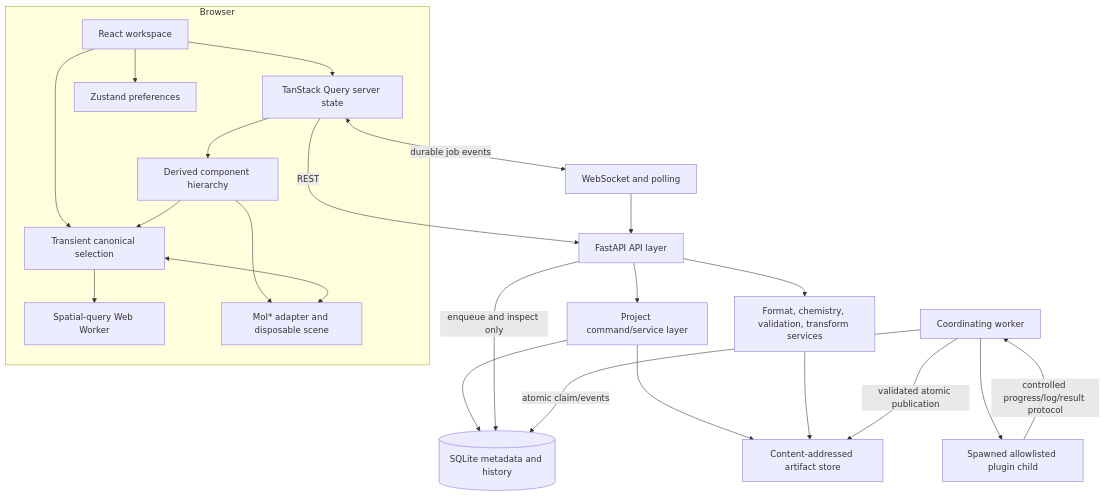
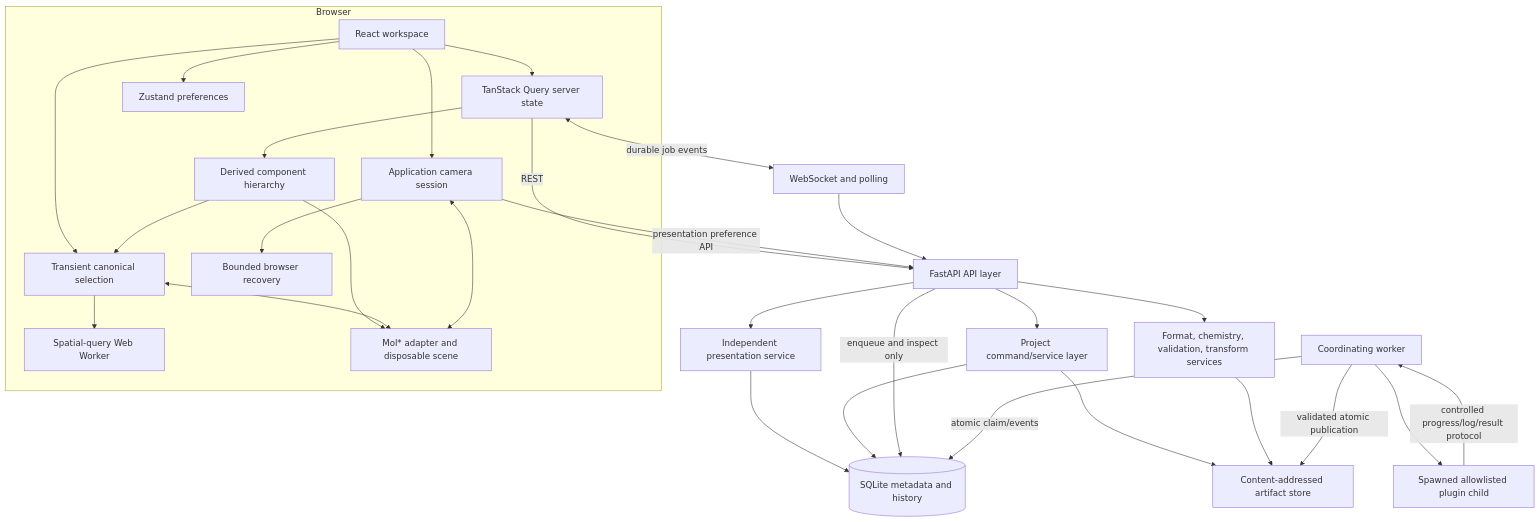
One commit to ManuelSe/Neistra changed the diagram in docs/ARCHITECTURE.md. Above: the diagram before and after it, drawn with Mermaid. The commit also changed other lines of this file and 157 other files, not shown here.

First line of the commit message:
feat(viewer): persist the shared application camera

````diff
--- a/docs/ARCHITECTURE.md
+++ b/docs/ARCHITECTURE.md
@@ -9,35 +9,43 @@
 ```mermaid
 flowchart TB
   subgraph Browser
     React[React workspace]
     Query[TanStack Query server state]
     Prefs[Zustand preferences]
     Selection[Transient canonical selection]
     Components[Derived component hierarchy]
     Spatial[Spatial-query Web Worker]
     Viewer[Mol* adapter and disposable scene]
+    Camera[Application camera session]
+    Recovery[Bounded browser recovery]
     React --> Query
     React --> Prefs
     React --> Selection
     Query --> Components
     Components --> Selection
     Components --> Viewer
     Selection <--> Viewer
     Selection --> Spatial
+    React --> Camera
+    Camera <--> Viewer
+    Camera --> Recovery
   end
 
   Query -->|REST| API[FastAPI API layer]
   Query <-->|durable job events| WS[WebSocket and polling]
   WS --> API
   API --> Project[Project command/service layer]
+  Camera -->|presentation preference API| API
+  API --> ViewPreference[Independent presentation service]
+  ViewPreference --> DB
   API --> Molecular[Format, chemistry, validation, transform services]
   Project --> DB[(SQLite metadata and history)]
   Project --> Store[Content-addressed artifact store]
   Molecular --> Store
   API -->|enqueue and inspect only| DB
 
   Worker[Coordinating worker] -->|atomic claim/events| DB
   Worker --> Child[Spawned allowlisted plugin child]
   Child -->|controlled progress/log/result protocol| Worker
   Worker -->|validated atomic publication| Store
 ```
````
